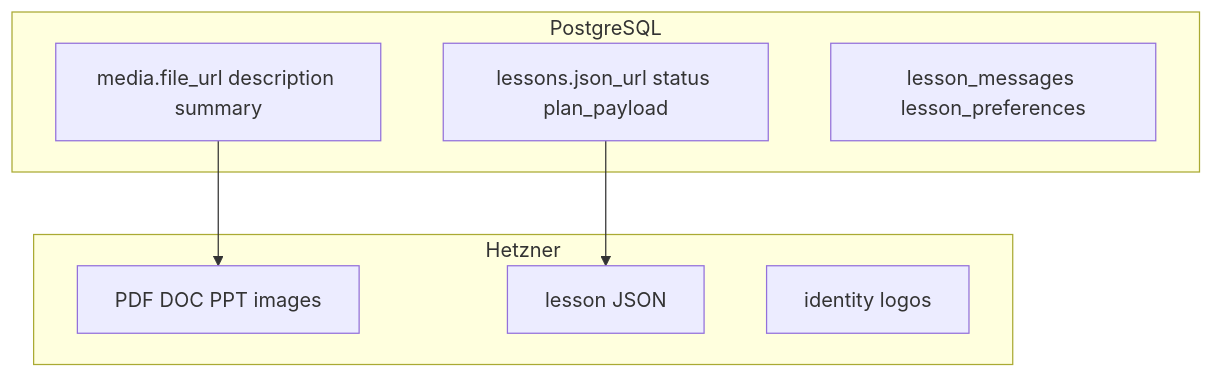
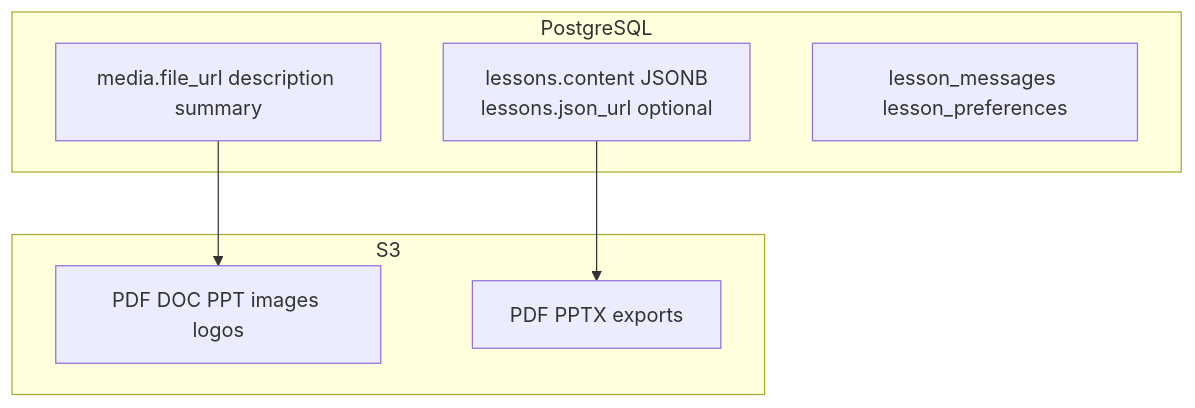
Before and after one commit to BasselSallam2/teacher-mock: the sixth of 6 diagrams in docs/architecture/04-database.md, drawn with Mermaid. The commit also changed other lines of this file and 10 other files, not shown here.

Commit message:
Enhance README and add system overview documentation; update media handling and lesson planning architecture. Introduce nested media folders and clarify production stack details.

````diff
--- a/docs/architecture/04-database.md
+++ b/docs/architecture/04-database.md
@@ -215,17 +266,16 @@
 ```mermaid
 flowchart TB
   subgraph postgres [PostgreSQL]
     media_meta["media.file_url description summary"]
-    lesson_meta["lessons.json_url status plan_payload"]
+    lesson_meta["lessons.content JSONB\nlessons.json_url optional"]
     chat["lesson_messages lesson_preferences"]
   end
 
-  subgraph hetzner [Hetzner]
-    files["PDF DOC PPT images"]
-    lessonJson["lesson JSON"]
-    logos["identity logos"]
+  subgraph s3 [S3]
+    files["PDF DOC PPT images logos"]
+    exports["PDF PPTX exports"]
   end
 
   media_meta --> files
-  lesson_meta --> lessonJson
+  lesson_meta --> exports
 ```
````
